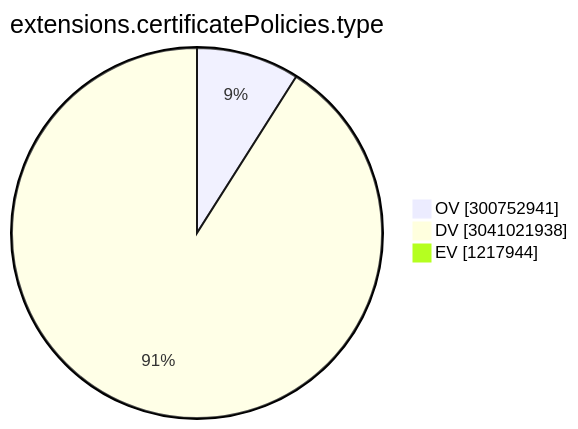
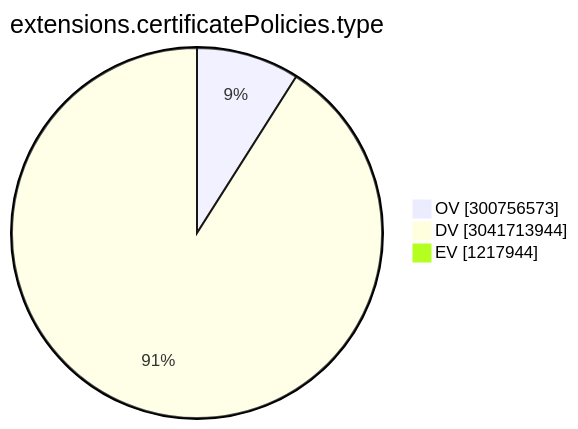
The ninth of 15 diagrams in TOTAL/README.md (christiankrug/ctmonitor_visualization), drawn with Mermaid before and after one commit. The commit also changed other lines of this file, not shown here.

````diff
--- a/TOTAL/README.md
+++ b/TOTAL/README.md
@@ -3102,7 +3102,7 @@
 ```mermaid
 pie showData
 title extensions.certificatePolicies.type
-"OV" :300752941
-"DV" :3041021938
+"OV" :300756573
+"DV" :3041713944
 "EV" :1217944
 ```
````
